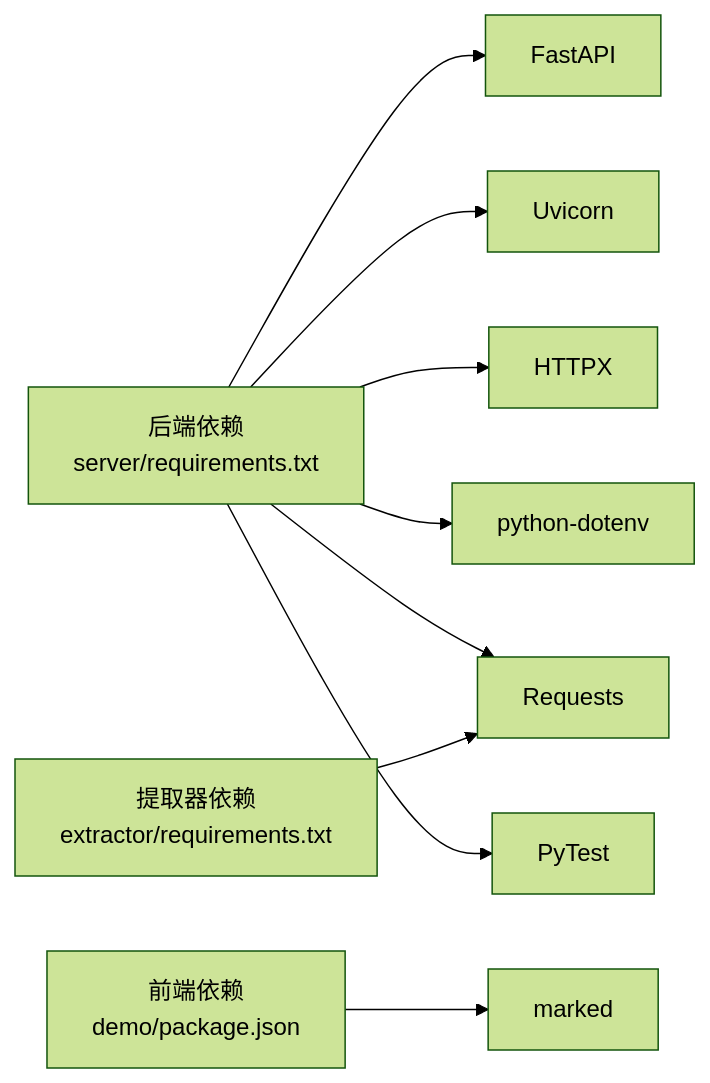
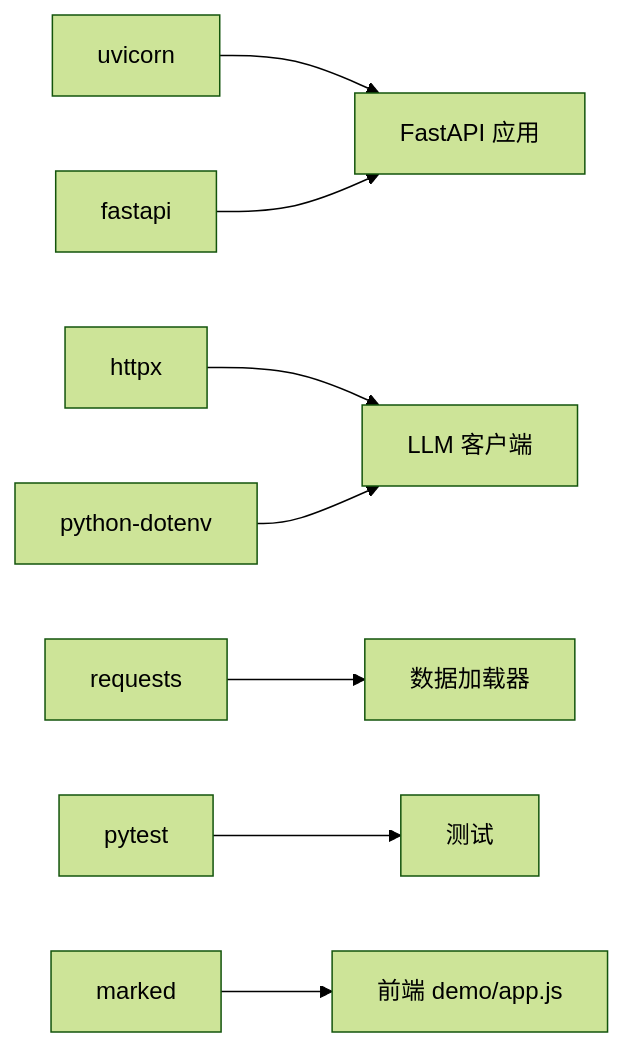
One commit to kanoha222/Laplace changed the ninth of 9 diagrams in .qoder/repowiki/zh/content/快速开始.md. Above: the diagram before and after it, drawn with Mermaid (forest theme). The commit also changed other lines of this file and 54 other files, not shown here.

````diff
--- a/.qoder/repowiki/zh/content/快速开始.md
+++ b/.qoder/repowiki/zh/content/快速开始.md
@@ -239,11 +343,10 @@
 ```mermaid
 graph LR
-Backend["后端依赖<br/>server/requirements.txt"] --> FastAPI["FastAPI"]
-Backend --> Uvicorn["Uvicorn"]
-Backend --> HTTPX["HTTPX"]
-Backend --> Dotenv["python-dotenv"]
-Backend --> Requests["Requests"]
-Backend --> PyTest["PyTest"]
-Extractor["提取器依赖<br/>extractor/requirements.txt"] --> Requests
-Frontend["前端依赖<br/>demo/package.json"] --> Marked["marked"]
+UV["uvicorn"] --> APP["FastAPI 应用"]
+FA["fastapi"] --> APP
+HT["httpx"] --> LLM["LLM 客户端"]
+DN["python-dotenv"] --> LLM
+RE["requests"] --> DL["数据加载器"]
+PY["pytest"] --> TEST["测试"]
+MK["marked"] --> FE["前端 demo/app.js"]
 ```
````
